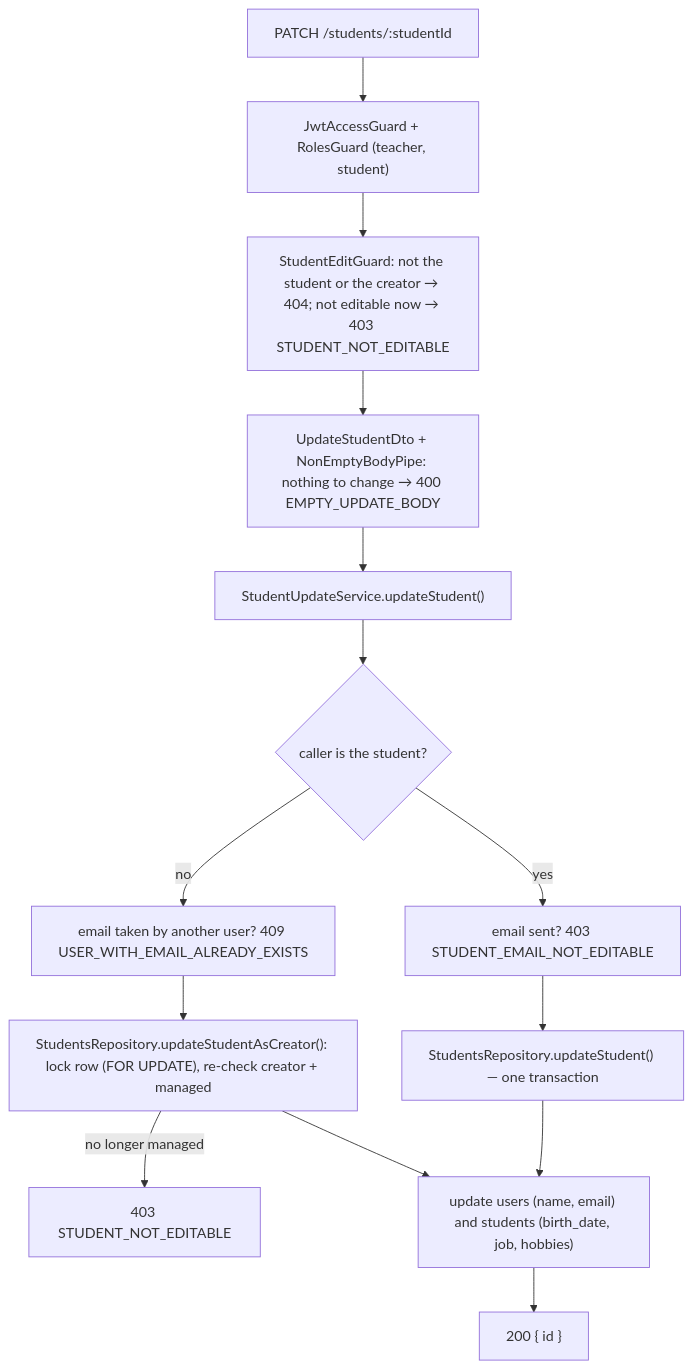
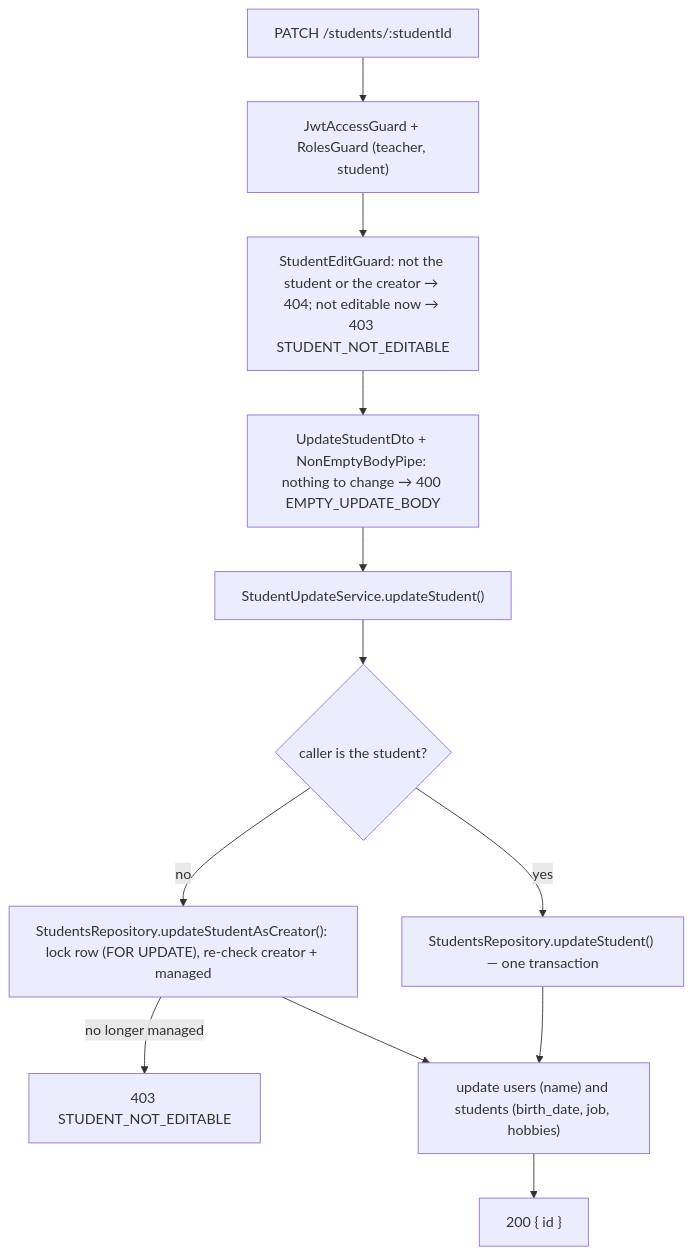
One commit to KaterynaKocheharova/Practice-app changed the third of 3 diagrams in back/docs/students/student-endpoints.md. Above: the diagram before and after it, drawn with Mermaid. The commit also changed other lines of this file and 12 other files, not shown here.

````diff
--- a/back/docs/students/student-endpoints.md
+++ b/back/docs/students/student-endpoints.md
@@ -97,16 +98,14 @@
 ```mermaid
 flowchart TD
   Request["PATCH /students/:studentId"] --> Guards["JwtAccessGuard + RolesGuard (teacher, student)"]
   Guards --> Edit["StudentEditGuard: not the student or the creator → 404; not editable now → 403 STUDENT_NOT_EDITABLE"]
   Edit --> Body["UpdateStudentDto + NonEmptyBodyPipe: nothing to change → 400 EMPTY_UPDATE_BODY"]
   Body --> Service["StudentUpdateService.updateStudent()"]
   Service --> Self{"caller is the student?"}
-  Self -- yes --> OwnEmail["email sent? 403 STUDENT_EMAIL_NOT_EDITABLE"]
-  OwnEmail --> Own["StudentsRepository.updateStudent() — one transaction"]
-  Self -- no --> Taken["email taken by another user? 409 USER_WITH_EMAIL_ALREADY_EXISTS"]
-  Taken --> Creator["StudentsRepository.updateStudentAsCreator(): lock row (FOR UPDATE), re-check creator + managed"]
+  Self -- yes --> Own["StudentsRepository.updateStudent() — one transaction"]
+  Self -- no --> Creator["StudentsRepository.updateStudentAsCreator(): lock row (FOR UPDATE), re-check creator + managed"]
   Creator -->|no longer managed| Gone["403 STUDENT_NOT_EDITABLE"]
-  Creator --> Apply["update users (name, email) and students (birth_date, job, hobbies)"]
+  Creator --> Apply["update users (name) and students (birth_date, job, hobbies)"]
   Own --> Apply
   Apply --> Response["200 { id }"]
 ```
````
